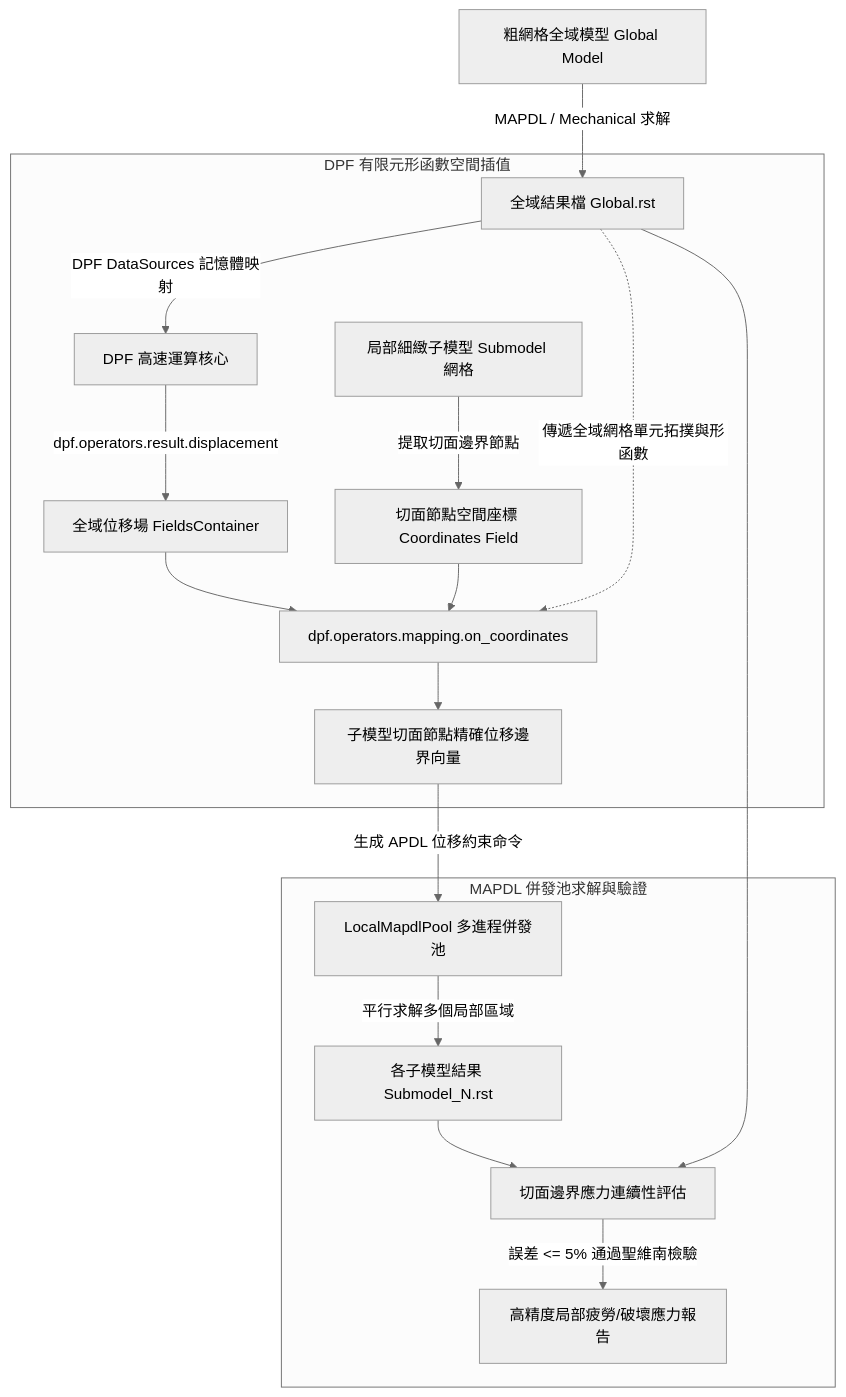
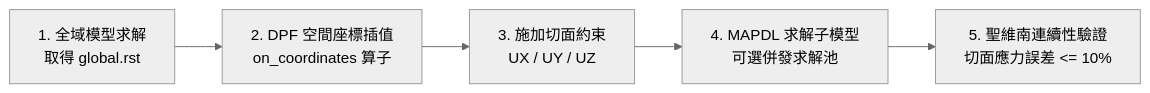
One commit to ikaros0902/ansys-unified-mcp changed the diagram in SKILLs/ansys-submodeling-dpf/SKILL.md. Above: the diagram before and after it, drawn with Mermaid (neutral theme). The commit also changed other lines of this file and 51 other files, not shown here.

````diff
--- a/SKILLs/ansys-submodeling-dpf/SKILL.md
+++ b/SKILLs/ansys-submodeling-dpf/SKILL.md
@@ -28,22 +21,7 @@
 ```mermaid
-flowchart TD
-    A[粗網格全域模型 Global Model] -->|MAPDL / Mechanical 求解| B[全域結果檔 Global.rst]
-    B -->|DPF DataSources 記憶體映射| C[DPF 高速運算核心]
-    
-    subgraph DPF 有限元形函數空間插值
-        C -->|dpf.operators.result.displacement| D[全域位移場 FieldsContainer]
-        E[局部細緻子模型 Submodel 網格] -->|提取切面邊界節點| F[切面節點空間座標 Coordinates Field]
-        D --> G[dpf.operators.mapping.on_coordinates]
-        F --> G
-        B -.->|傳遞全域網格單元拓撲與形函數| G
-        G --> H[子模型切面節點精確位移邊界向量]
-    end
-    
-    subgraph MAPDL 併發池求解與驗證
-        H -->|生成 APDL 位移約束命令| I[LocalMapdlPool 多進程併發池]
-        I -->|平行求解多個局部區域| J[各子模型結果 Submodel_N.rst]
-        J --> K[切面邊界應力連續性評估]
-        B --> K
-        K -->|誤差 <= 5% 通過聖維南檢驗| L[高精度局部疲勞/破壞應力報告]
-    end
+flowchart LR
+    A[1. 全域模型求解<br>取得 global.rst] --> B[2. DPF 空間座標插值<br>on_coordinates 算子]
+    B --> C[3. 施加切面約束<br>UX / UY / UZ]
+    C --> D[4. MAPDL 求解子模型<br>可選併發求解池]
+    D --> E[5. 聖維南連續性驗證<br>切面應力誤差 <= 10%]
 ```
````
